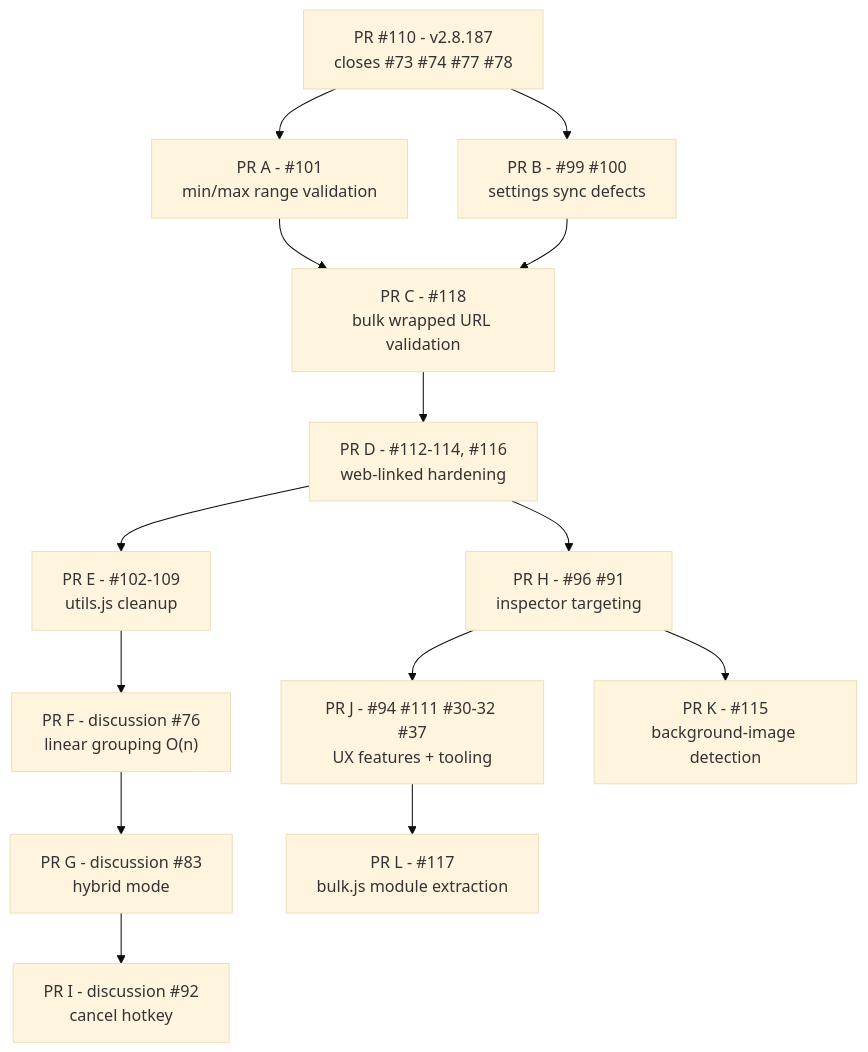
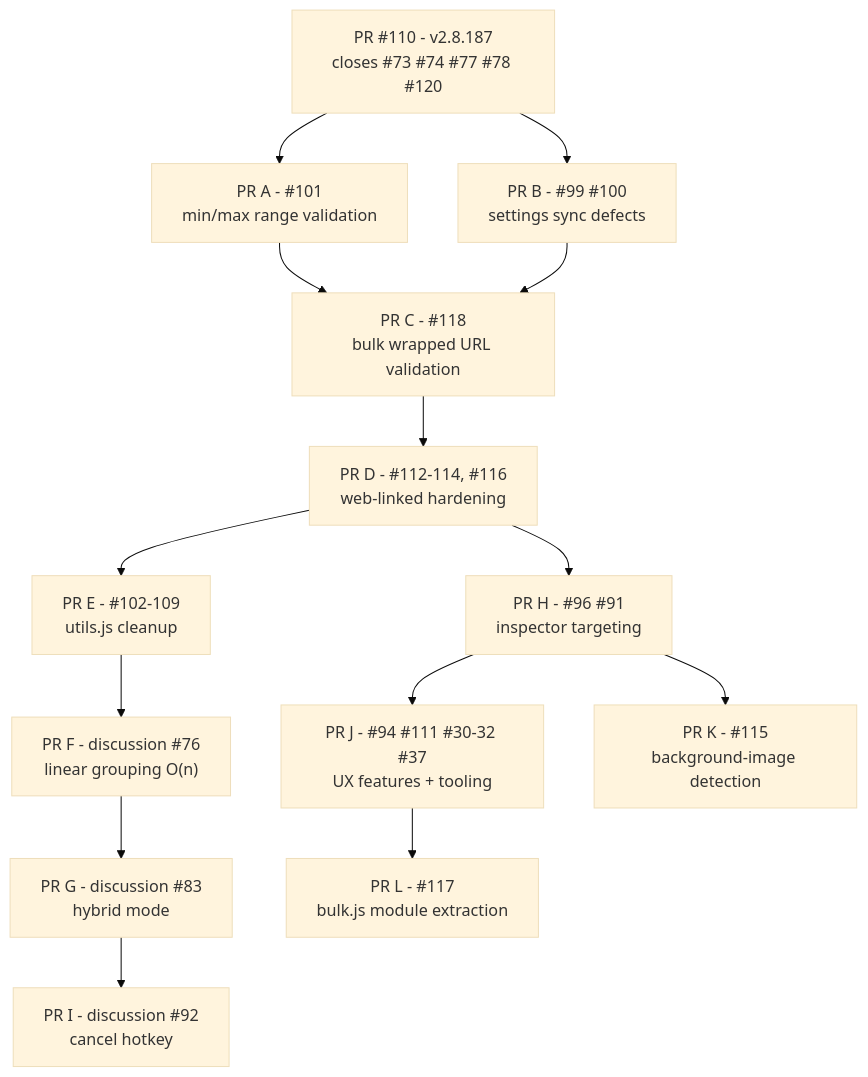
The diagram in docs/ROADMAP.md (del-Pacifico/Mass-Image-Downloader), drawn with Mermaid (base theme) before and after one commit. The commit also changed other lines of this file, not shown here.

Commit message:
docs(roadmap): register issue #120 in v2.8.187 PR #110 release train

````diff
--- a/docs/ROADMAP.md
+++ b/docs/ROADMAP.md
@@ -59,16 +59,16 @@
 ```mermaid
 graph TD
-    PR110["PR #110 - v2.8.187<br/>closes #73 #74 #77 #78"] --> PRA["PR A - #101<br/>min/max range validation"]
+    PR110["PR #110 - v2.8.187<br/>closes #73 #74 #77 #78 #120"] --> PRA["PR A - #101<br/>min/max range validation"]
     PR110 --> PRB["PR B - #99 #100<br/>settings sync defects"]
     PRA --> PRC["PR C - #118<br/>bulk wrapped URL validation"]
     PRB --> PRC
     PRC --> PRD["PR D - #112-114, #116<br/>web-linked hardening"]
     PRD --> PRE["PR E - #102-109<br/>utils.js cleanup"]
     PRE --> PRF["PR F - discussion #76<br/>linear grouping O(n)"]
     PRF --> PRG["PR G - discussion #83<br/>hybrid mode"]
     PRD --> PRH["PR H - #96 #91<br/>inspector targeting"]
     PRG --> PRI["PR I - discussion #92<br/>cancel hotkey"]
     PRH --> PRJ["PR J - #94 #111 #30-32 #37<br/>UX features + tooling"]
     PRH --> PRK["PR K - #115<br/>background-image detection"]
     PRJ --> PRL["PR L - #117<br/>bulk.js module extraction"]
 ```
````
